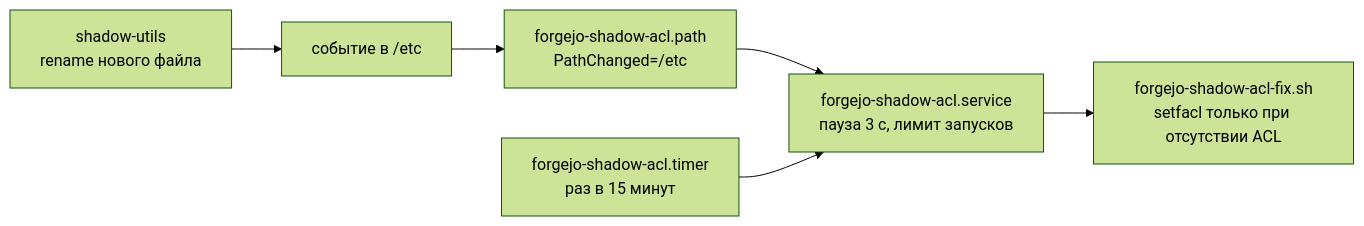
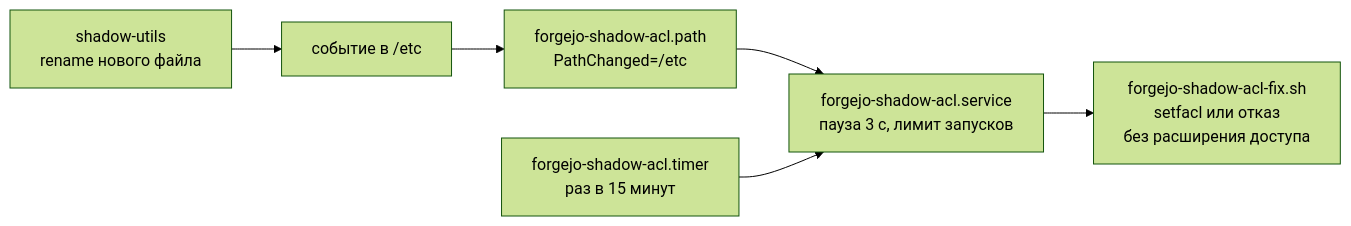
Before and after one commit to nos1609/forgejo-pam: the diagram in docs/operations.md, drawn with Mermaid (forest theme). The commit also changed other lines of this file and 3 other files, not shown here.

````diff
--- a/docs/operations.md
+++ b/docs/operations.md
@@ -219,13 +234,13 @@
 ```mermaid
 flowchart LR
     SU["shadow-utils<br/>rename нового файла"]
     ETC["событие в /etc"]
     PATH["forgejo-shadow-acl.path<br/>PathChanged=/etc"]
     TIMER["forgejo-shadow-acl.timer<br/>раз в 15 минут"]
     SVC["forgejo-shadow-acl.service<br/>пауза 3 с, лимит запусков"]
-    FIX["forgejo-shadow-acl-fix.sh<br/>setfacl только при отсутствии ACL"]
+    FIX["forgejo-shadow-acl-fix.sh<br/>setfacl или отказ<br/>без расширения доступа"]
 
     SU --> ETC --> PATH --> SVC
     TIMER --> SVC
     SVC --> FIX
 ```
````
